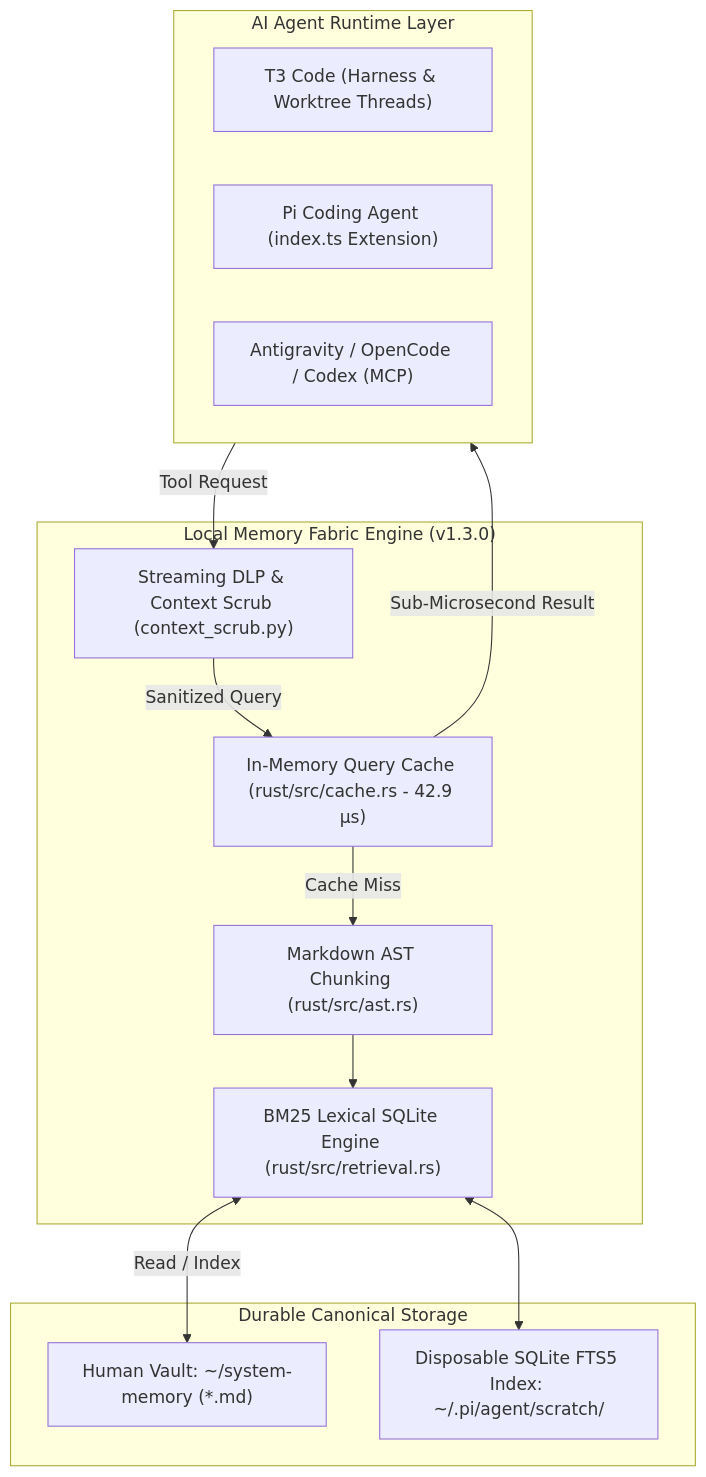
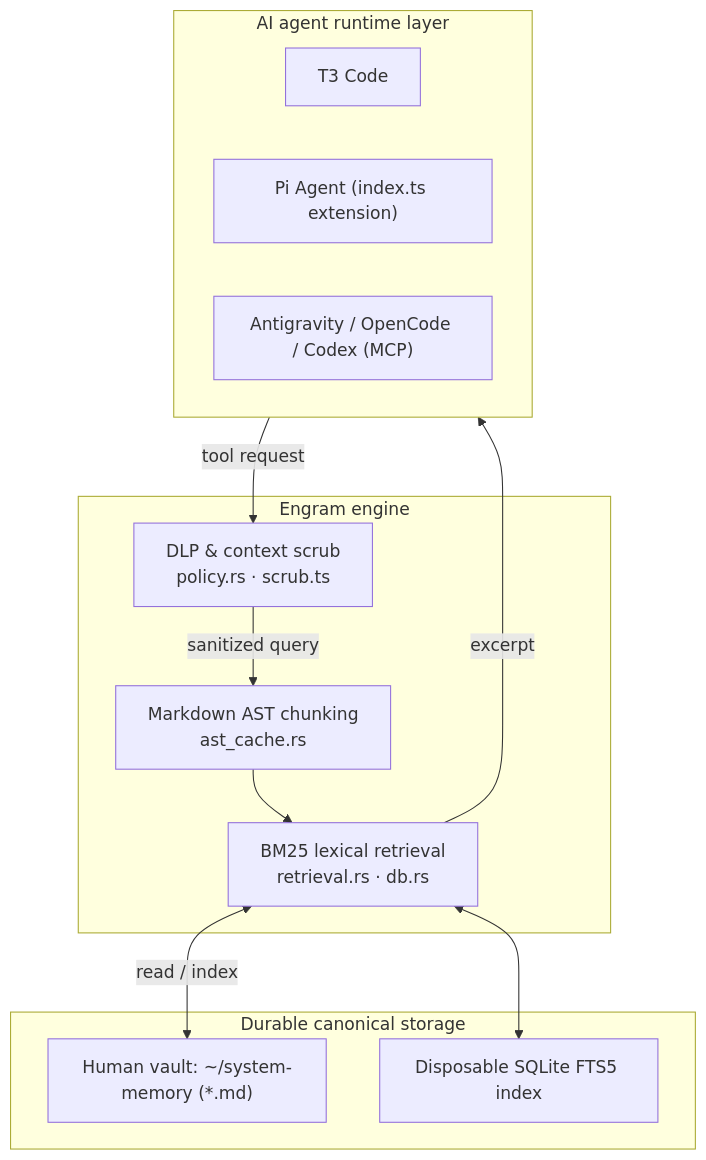
One commit to Ghost-9/local-memory-fabric changed the diagram in README.md. Above: the diagram before and after it, drawn with Mermaid. The commit also changed other lines of this file, not shown here.

````diff
--- a/README.md
+++ b/README.md
@@ -49,28 +112,26 @@
 ```mermaid
 flowchart TD
-    subgraph Agent_Layer["AI Agent Runtime Layer"]
-        T3["T3 Code (Harness & Worktree Threads)"]
-        PI["Pi Coding Agent (index.ts Extension)"]
+    subgraph Agent_Layer["AI agent runtime layer"]
+        T3["T3 Code"]
+        PI["Pi Agent (index.ts extension)"]
         AG["Antigravity / OpenCode / Codex (MCP)"]
     end
 
-    subgraph Memory_Fabric["Local Memory Fabric Engine (v1.3.0)"]
-        DLP["Streaming DLP & Context Scrub (context_scrub.py)"]
-        CACHE["In-Memory Query Cache (rust/src/cache.rs - 42.9 µs)"]
-        AST["Markdown AST Chunking (rust/src/ast.rs)"]
-        FTS["BM25 Lexical SQLite Engine (rust/src/retrieval.rs)"]
+    subgraph Memory_Fabric["Engram engine"]
+        DLP["DLP & context scrub<br/>policy.rs · scrub.ts"]
+        IDX["Markdown AST chunking<br/>ast_cache.rs"]
+        FTS["BM25 lexical retrieval<br/>retrieval.rs · db.rs"]
     end
 
-    subgraph Durable_Storage["Durable Canonical Storage"]
-        VAULT["Human Vault: ~/system-memory (*.md)"]
-        INDEX["Disposable SQLite FTS5 Index: ~/.pi/agent/scratch/"]
+    subgraph Durable_Storage["Durable canonical storage"]
+        VAULT["Human vault: ~/system-memory (*.md)"]
+        CACHE["Disposable SQLite FTS5 index"]
     end
 
-    Agent_Layer -->|Tool Request| DLP
-    DLP -->|Sanitized Query| CACHE
-    CACHE -->|Cache Miss| AST
-    AST --> FTS
-    FTS <-->|Read / Index| VAULT
-    FTS <--> INDEX
-    CACHE -->|Sub-Microsecond Result| Agent_Layer
+    Agent_Layer -->|tool request| DLP
+    DLP -->|sanitized query| IDX
+    IDX --> FTS
+    FTS <-->|read / index| VAULT
+    FTS <--> CACHE
+    FTS -->|excerpt| Agent_Layer
 ```
````
